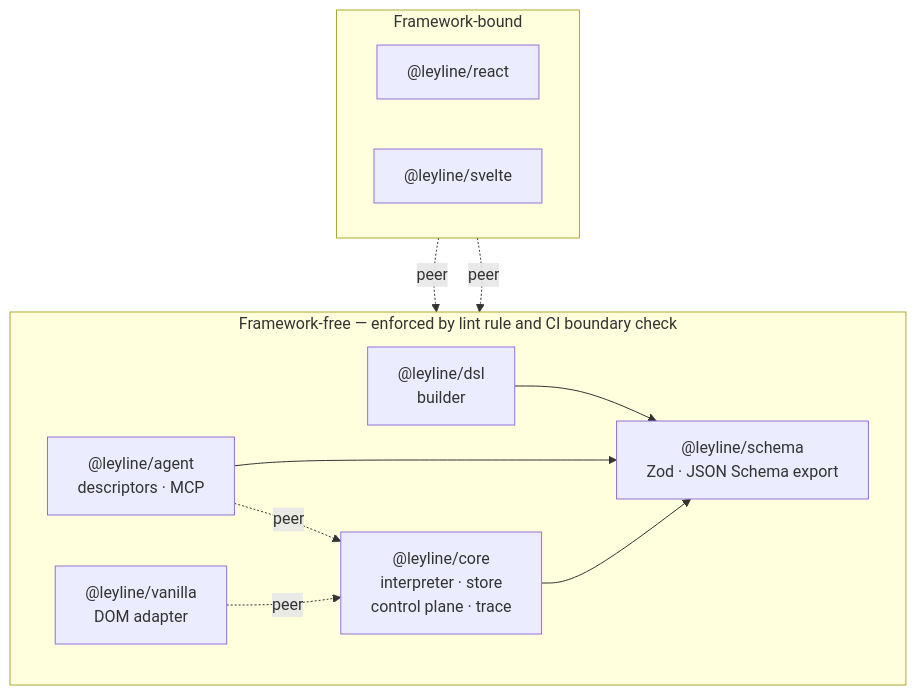
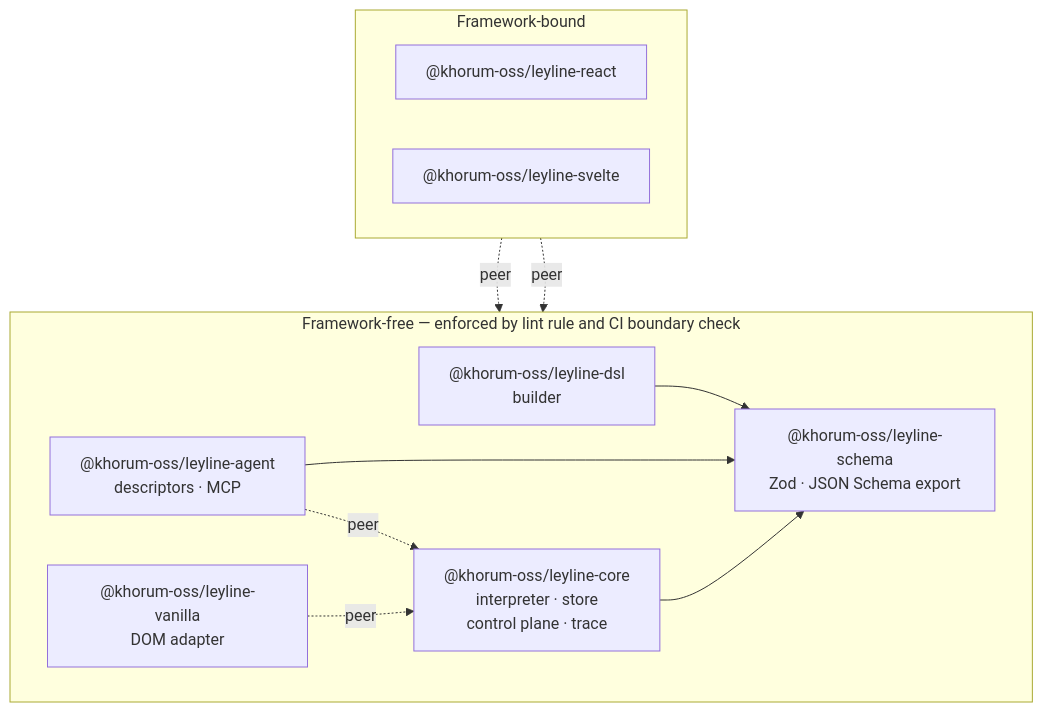
Before and after one commit to khorum-oss/leyline: the first of 7 diagrams in docs/architecture.md, drawn with Mermaid. The commit also changed other lines of this file and 143 other files, not shown here.

First line of the commit message:
Publish under the @khorum-oss scope

````diff
--- a/docs/architecture.md
+++ b/docs/architecture.md
@@ -16,25 +16,25 @@
 ```mermaid
 flowchart TB
     subgraph free["Framework-free — enforced by lint rule and CI boundary check"]
         direction LR
-        DSL["@leyline/dsl<br/>builder"]
-        SCHEMA["@leyline/schema<br/>Zod · JSON Schema export"]
-        CORE["@leyline/core<br/>interpreter · store<br/>control plane · trace"]
-        AGENT["@leyline/agent<br/>descriptors · MCP"]
-        VANILLA["@leyline/vanilla<br/>DOM adapter"]
+        DSL["@khorum-oss/leyline-dsl<br/>builder"]
+        SCHEMA["@khorum-oss/leyline-schema<br/>Zod · JSON Schema export"]
+        CORE["@khorum-oss/leyline-core<br/>interpreter · store<br/>control plane · trace"]
+        AGENT["@khorum-oss/leyline-agent<br/>descriptors · MCP"]
+        VANILLA["@khorum-oss/leyline-vanilla<br/>DOM adapter"]
     end
 
     subgraph bound["Framework-bound"]
         direction LR
-        REACT["@leyline/react"]
-        SVELTE["@leyline/svelte"]
+        REACT["@khorum-oss/leyline-react"]
+        SVELTE["@khorum-oss/leyline-svelte"]
     end
 
     DSL --> SCHEMA
     CORE --> SCHEMA
     AGENT --> SCHEMA
     AGENT -. peer .-> CORE
     VANILLA -. peer .-> CORE
     REACT -. peer .-> CORE
     SVELTE -. peer .-> CORE
 ```
````
